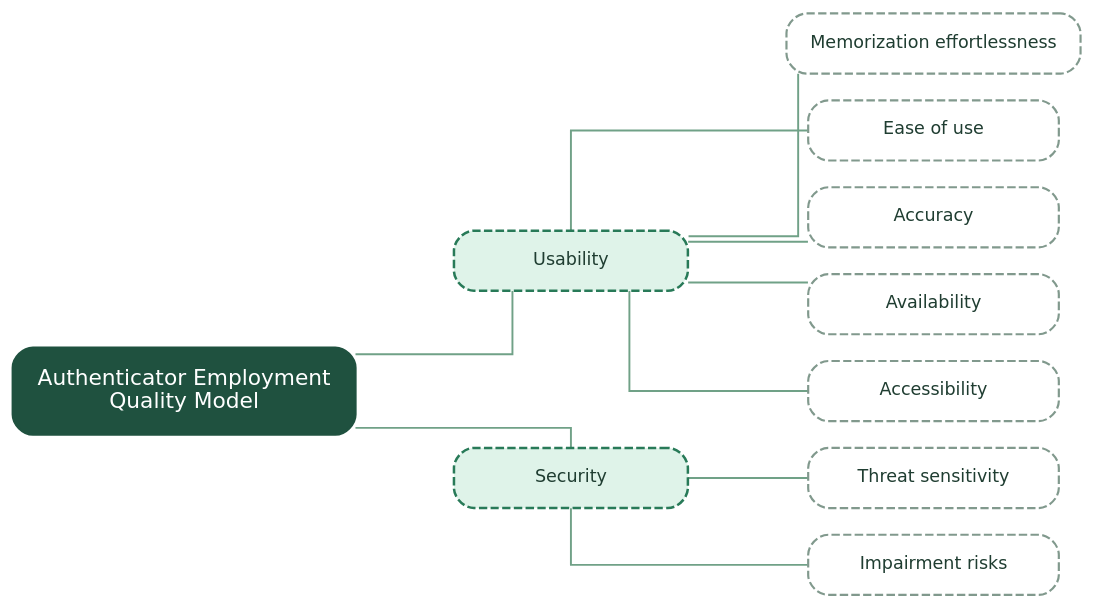
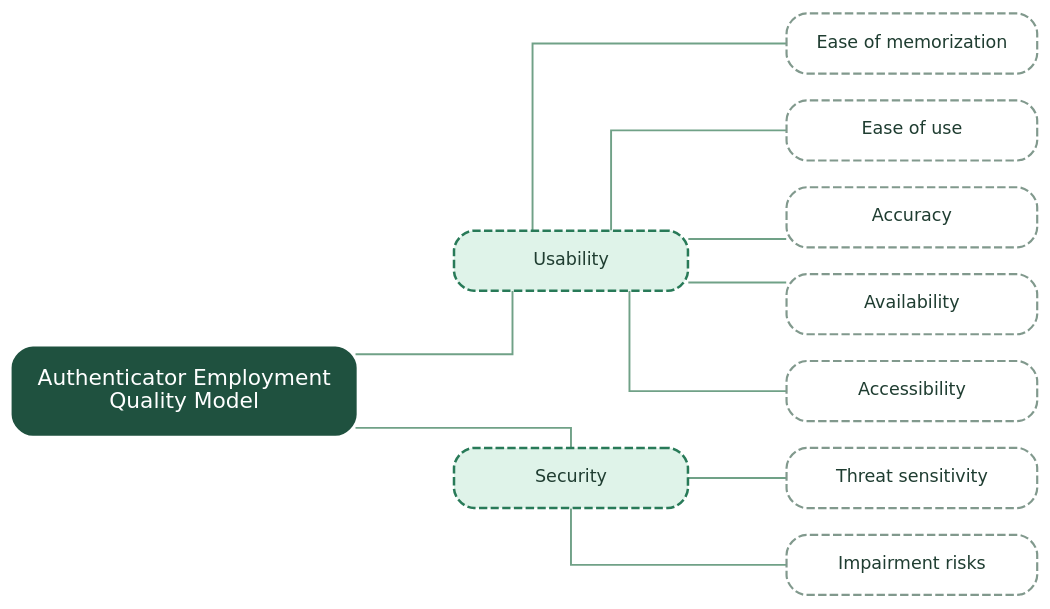
The diagram in trees/employment-tree.dot (aqua-authentication/AQUA), drawn with Graphviz before and after one commit. The commit also changed 12 other files, not shown here.

```diff
--- a/trees/employment-tree.dot
+++ b/trees/employment-tree.dot
@@ -1,69 +1,69 @@
 digraph QualityModel {
   graph [
     rankdir=LR,
     bgcolor="transparent",
     pad="0.14",
     margin="0.03",
     nodesep="0.22",
     ranksep="0.82",
     splines=ortho,
     outputorder=edgesfirst,
     ordering=out
   ];
 
   node [
     shape=box,
     style="rounded,filled",
     fontname="DejaVu Sans",
     fontsize=10.5,
     color="#81998d",
     fontcolor="#1f3d31",
     penwidth=1.05,
     margin="0.18,0.11"
   ];
 
   edge [
     dir=none,
     color="#70a187",
     penwidth=1.15
   ];
 
   Root [
     label="Authenticator Employment\nQuality Model",
     fillcolor="#1f513f",
     fontcolor="white",
     color="#1f513f",
     fontsize=13,
     penwidth=1.5,
     width=2.40,
     height=0.72
   ];
 
   // Quality factors
   Usability [label="Usability", fillcolor="#dff3e9", color="#287a58", penwidth=1.5, width=1.95, style="rounded,filled,dashed"];
   Security  [label="Security", fillcolor="#dff3e9", color="#287a58", penwidth=1.5, width=1.95, style="rounded,filled,dashed"];
   
   // Quality subfactors
-  MemorizationEffortlessness [label="Memorization effortlessness", fillcolor="white", width=2.08, style="rounded,filled,dashed", penwidth=1.3];
+  EaseOfMemorization         [label="Ease of memorization",        fillcolor="white", width=2.08, style="rounded,filled,dashed", penwidth=1.3];
   EaseOfUse                  [label="Ease of use",                 fillcolor="white", width=2.08, style="rounded,filled,dashed", penwidth=1.3];
   Accuracy                   [label="Accuracy",                    fillcolor="white", width=2.08, style="rounded,filled,dashed", penwidth=1.3];
   Availability               [label="Availability",                fillcolor="white", width=2.08, style="rounded,filled,dashed", penwidth=1.3];
   Accessibility              [label="Accessibility",               fillcolor="white", width=2.08, style="rounded,filled,dashed", penwidth=1.3];
 
 
   ThreatSensitivity          [label="Threat sensitivity",          fillcolor="white", width=2.08, style="rounded,filled,dashed", penwidth=1.3];
   ImpairmentRisks            [label="Impairment risks",            fillcolor="white", width=2.08, style="rounded,filled,dashed", penwidth=1.3];
 
 
   Root -> Usability;
   Root -> Security;
 
-  Usability -> MemorizationEffortlessness;
+  Usability -> EaseOfMemorization;
   Usability -> EaseOfUse;
   Usability -> Accuracy;
   Usability -> Availability;
   Usability -> Accessibility;
 
   Security -> ThreatSensitivity;
   Security -> ImpairmentRisks;
 }
```
